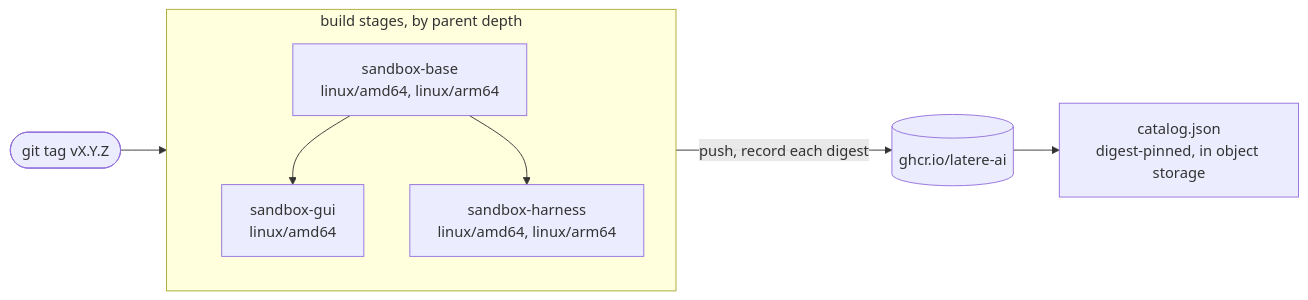
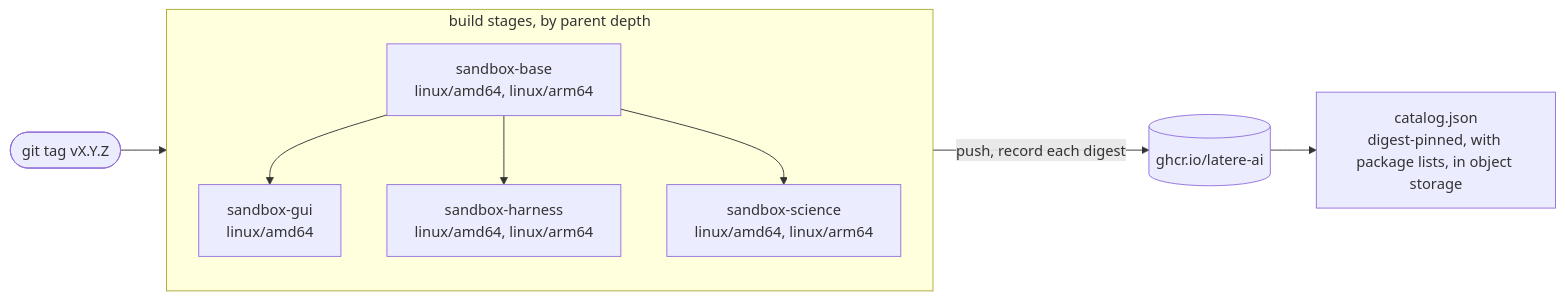
One commit to latere-ai/sandbox-images changed the diagram in CONTRIBUTING.md. Above: the diagram before and after it, drawn with Mermaid. The commit also changed other lines of this file and 1 other file, not shown here.

Commit message:
docs: the readme says what the science image holds and where a session's python and r installs go, and the contributing guide names its pins and the package list

````diff
--- a/CONTRIBUTING.md
+++ b/CONTRIBUTING.md
@@ -122,14 +127,16 @@
 ```mermaid
 flowchart LR
   tag(["git tag vX.Y.Z"]) --> base
   subgraph chain["build stages, by parent depth"]
     direction TB
     base["sandbox-base<br/>linux/amd64, linux/arm64"]
     gui["sandbox-gui<br/>linux/amd64"]
     harness["sandbox-harness<br/>linux/amd64, linux/arm64"]
+    science["sandbox-science<br/>linux/amd64, linux/arm64"]
     base --> gui
     base --> harness
+    base --> science
   end
   chain -- "push, record each digest" --> ghcr[("ghcr.io/latere-ai")]
-  ghcr --> json["catalog.json<br/>digest-pinned, in object storage"]
+  ghcr --> json["catalog.json<br/>digest-pinned, with package lists, in object storage"]
 ```
````
